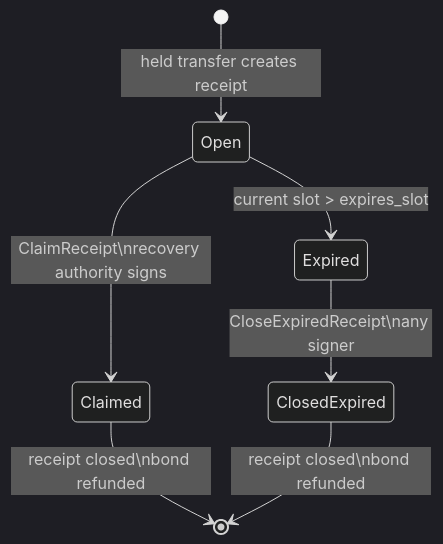
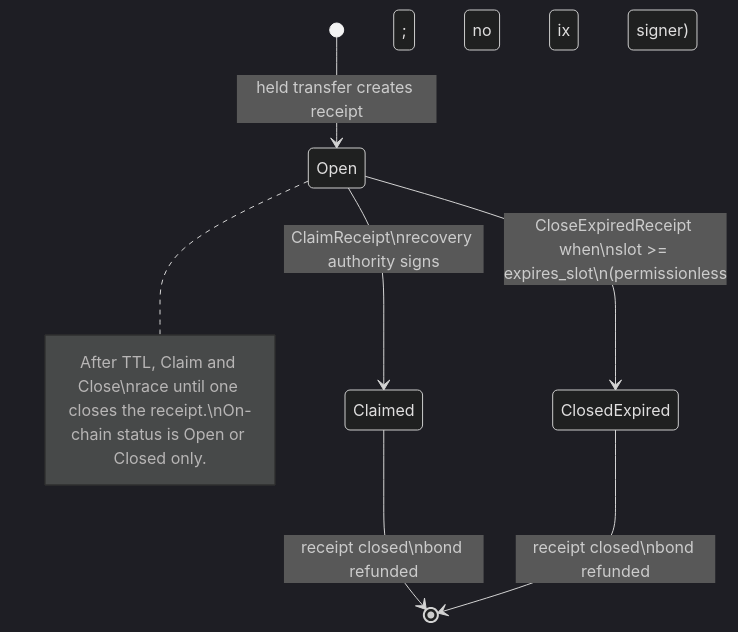
One commit to EfeDurmaz16/solana-receive changed the third of 3 diagrams in docs/SPEC.md. Above: the diagram before and after it, drawn with Mermaid (dark theme). The commit also changed other lines of this file and 1 other file, not shown here.

Commit message:
fix(docs): correct claim/expiry lifecycle diagram
Receipt status is Open/Closed only; claim remains possible after TTL
until close wins. Soften sRFC greenfield wording to match Ask 3.

````diff
--- a/docs/SPEC.md
+++ b/docs/SPEC.md
@@ -202,9 +202,9 @@
 ```mermaid
 stateDiagram-v2
   [*] --> Open: held transfer creates receipt
   Open --> Claimed: ClaimReceipt\nrecovery authority signs
-  Open --> Expired: current slot > expires_slot
-  Expired --> ClosedExpired: CloseExpiredReceipt\nany signer
+  Open --> ClosedExpired: CloseExpiredReceipt when\nslot >= expires_slot\n(permissionless; no ix signer)
+  note right of Open: After TTL, Claim and Close\nrace until one closes the receipt.\nOn-chain status is Open or Closed only.
   Claimed --> [*]: receipt closed\nbond refunded
   ClosedExpired --> [*]: receipt closed\nbond refunded
 ```
````
